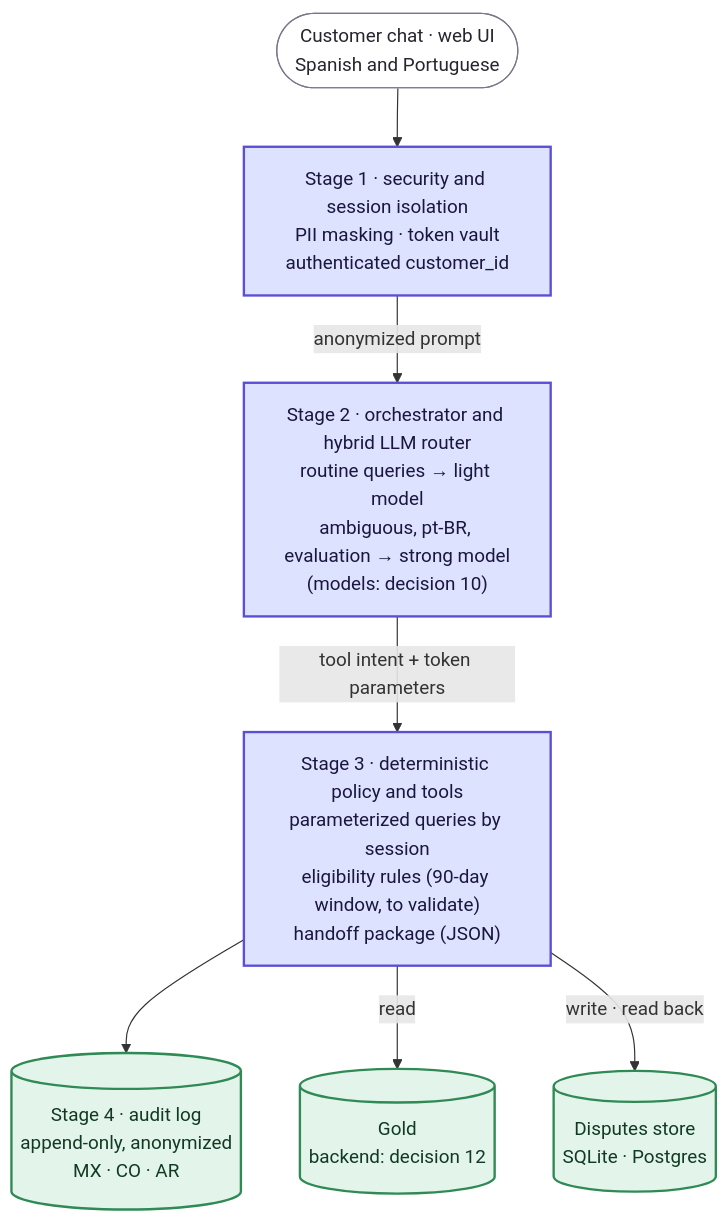
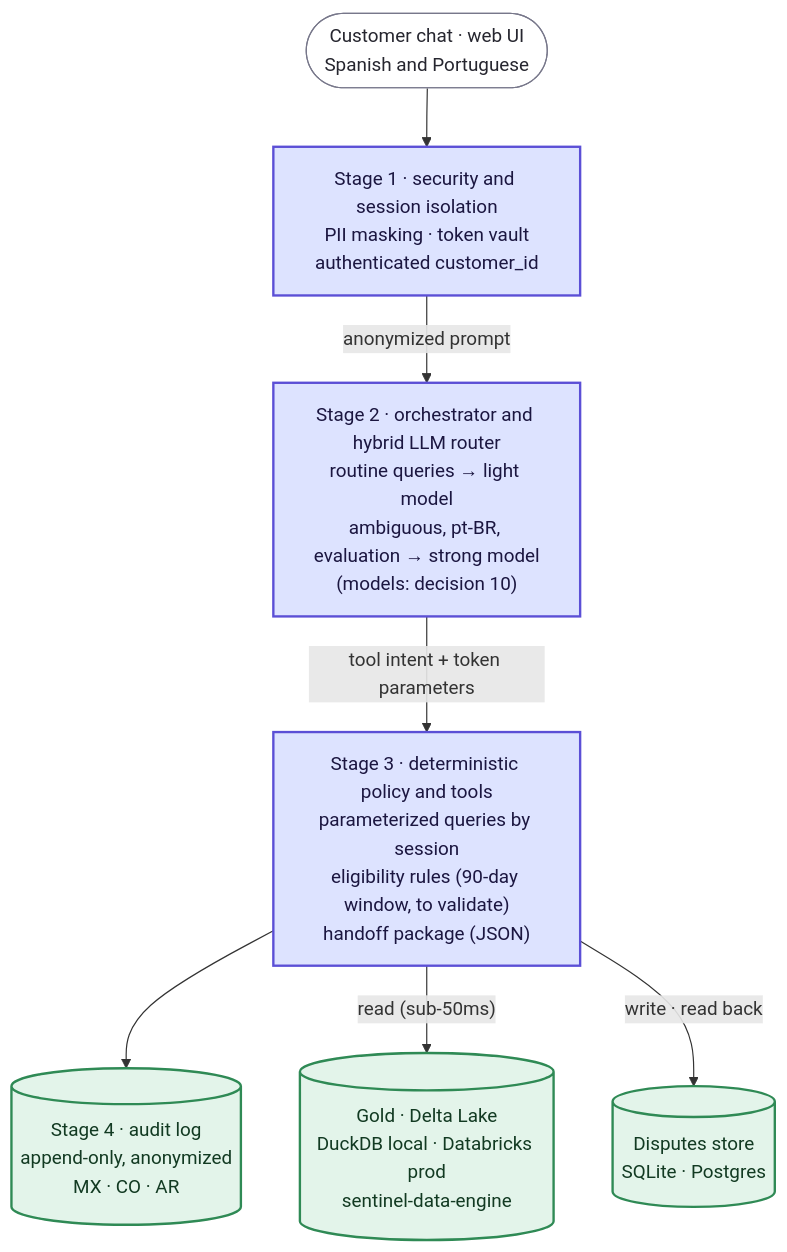
The third of 5 diagrams in docs/build/architecture-roadmap.md (rdorta27/factored-hackathon-2026-sentinel-engine), drawn with Mermaid before and after one commit. The commit also changed other lines of this file and 5 other files, not shown here.

Commit message:
align docs sentinel-data-engine

````diff
--- a/docs/build/architecture-roadmap.md
+++ b/docs/build/architecture-roadmap.md
@@ -75,19 +75,19 @@
 ```mermaid
 flowchart TD
     ui(["Customer chat · web UI<br/>Spanish and Portuguese"]) --> l1
     l1["Stage 1 · security and session isolation<br/>PII masking · token vault<br/>authenticated customer_id"] -- "anonymized prompt" --> l2
     l2["Stage 2 · orchestrator and hybrid LLM router<br/>routine queries → light model<br/>ambiguous, pt-BR, evaluation → strong model<br/>(models: decision 10)"] -- "tool intent + token parameters" --> l3
     l3["Stage 3 · deterministic policy and tools<br/>parameterized queries by session<br/>eligibility rules (90-day window, to validate)<br/>handoff package (JSON)"]
     l3 --> l4[("Stage 4 · audit log<br/>append-only, anonymized<br/>MX · CO · AR")]
-    l3 -- "read" --> gold[("Gold<br/>backend: decision 12")]
+    l3 -- "read (sub-50ms)" --> gold[("Gold · Delta Lake<br/>DuckDB local · Databricks prod<br/>sentinel-data-engine")]
     l3 -- "write · read back" --> disputes[("Disputes store<br/>SQLite · Postgres")]
 
     classDef real fill:#dde3ff,stroke:#5b4fd6,stroke-width:2px,color:#1b1640
     classDef mock fill:#ffe9c7,stroke:#c77d12,stroke-width:2px,stroke-dasharray:6 4,color:#3a2a00
     classDef store fill:#e3f4ea,stroke:#2f8a55,stroke-width:2px,color:#123a22
     classDef proposed fill:#f1f1f4,stroke:#77778a,stroke-width:2px,stroke-dasharray:4 3,color:#26262f
     classDef ext fill:#ffffff,stroke:#77778a,stroke-width:1px,color:#26262f
     class ui ext
     class l1,l2,l3 real
     class l4,gold,disputes store
 ```
````
